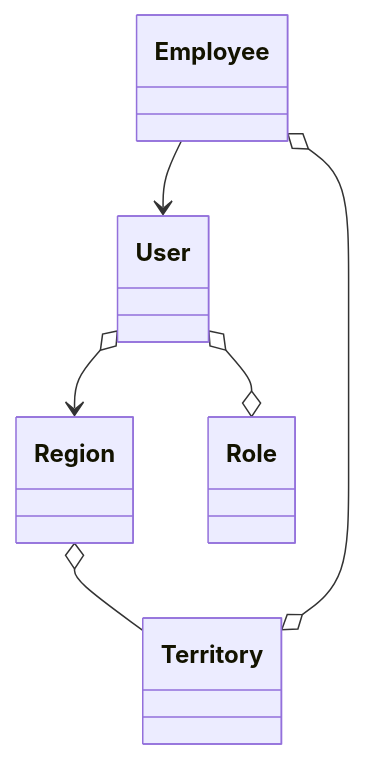
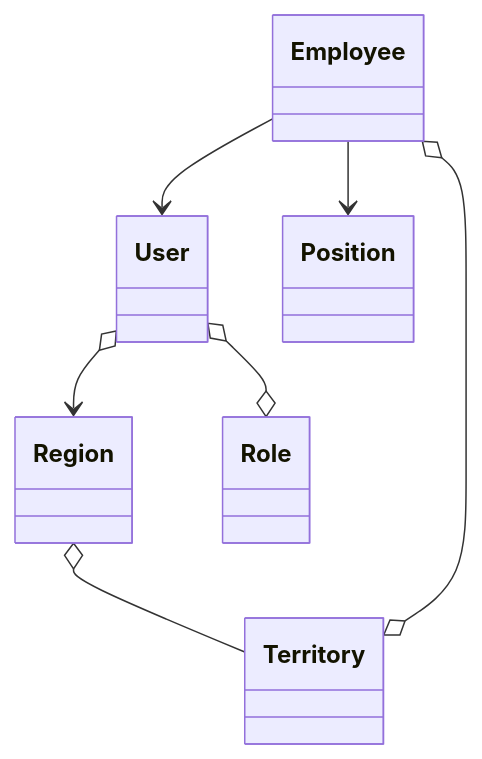
One commit to jmix-framework/jmix-bookstore changed the third of 4 diagrams in README.md. Above: the diagram before and after it, drawn with Mermaid. The commit also changed other lines of this file, not shown here.

````diff
--- a/README.md
+++ b/README.md
@@ -279,8 +285,9 @@
 ```mermaid
 classDiagram
     Region o-- Territory
     Employee o--o Territory
     Employee --> User
+    Employee --> Position
     User o--> Region
     User o--o Role
 ```
````
